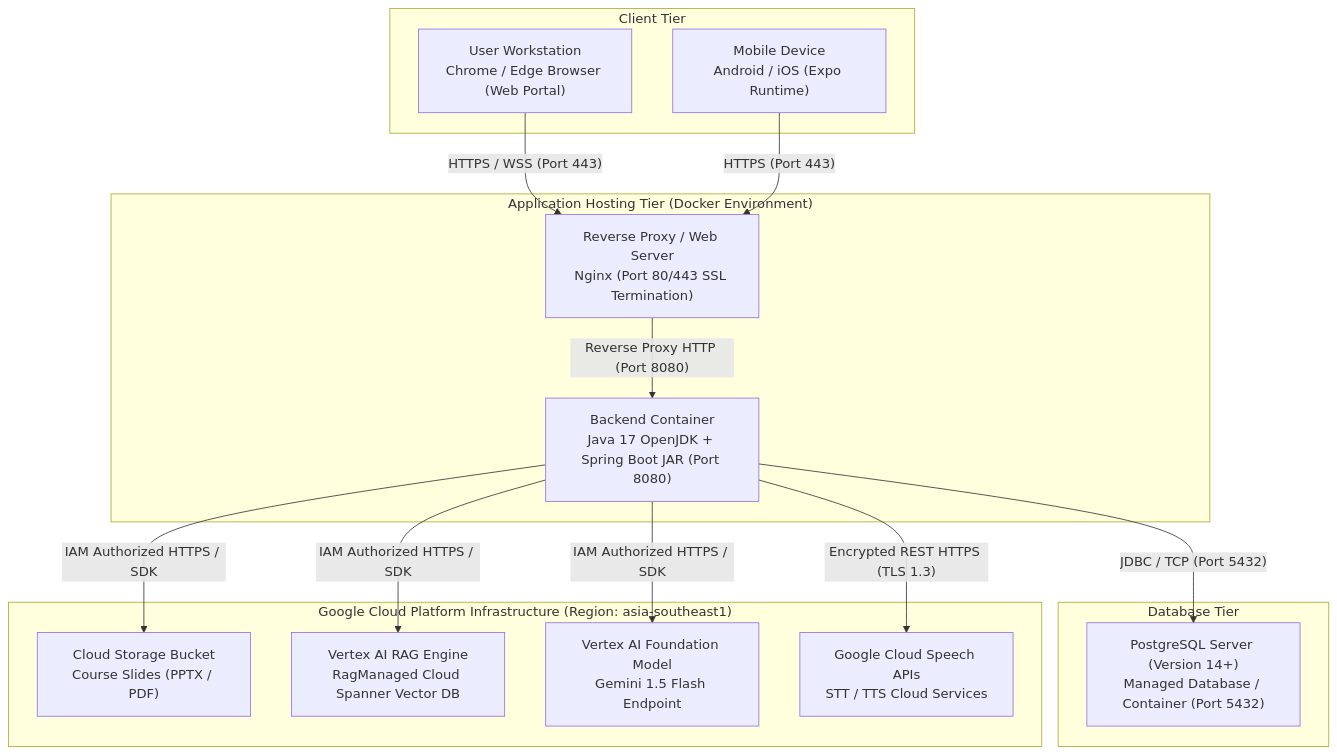
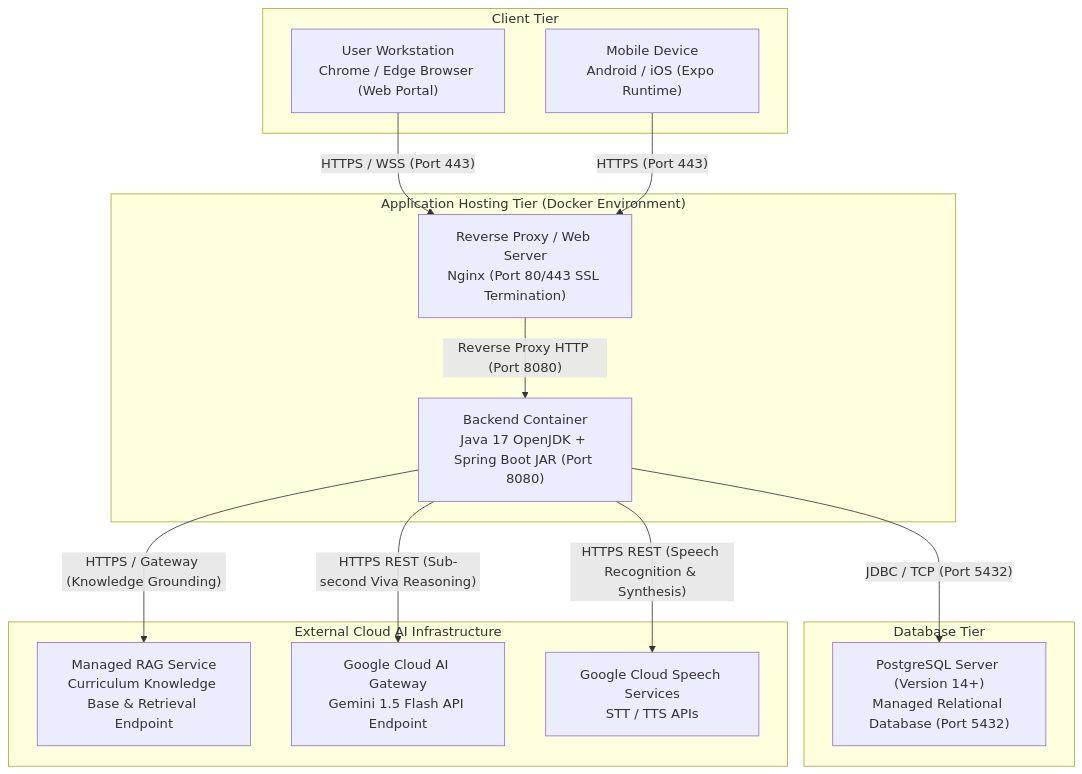
One commit to SWD392-Group-4/AI-powered-Viva-Exam-System changed the second of 10 diagrams in document/Software_Architecture_Design_Report.md. Above: the diagram before and after it, drawn with Mermaid. The commit also changed other lines of this file and 8 other files, not shown here.

Commit message:
docs: add system documentation, sequence diagrams, and architecture design report

````diff
--- a/document/Software_Architecture_Design_Report.md
+++ b/document/Software_Architecture_Design_Report.md
@@ -194,32 +197,30 @@
 ```mermaid
 flowchart TD
     subgraph ClientDevice["Client Tier"]
         BrowserNode["User Workstation<br/>Chrome / Edge Browser (Web Portal)"]
         MobileNode["Mobile Device<br/>Android / iOS (Expo Runtime)"]
     end
 
     subgraph ApplicationHost["Application Hosting Tier (Docker Environment)"]
         NginxNode["Reverse Proxy / Web Server<br/>Nginx (Port 80/443 SSL Termination)"]
         AppNode["Backend Container<br/>Java 17 OpenJDK + Spring Boot JAR (Port 8080)"]
     end
 
     subgraph DatabaseHost["Database Tier"]
-        DBNode["PostgreSQL Server (Version 14+)<br/>Managed Database / Container (Port 5432)"]
+        DBNode["PostgreSQL Server (Version 14+)<br/>Managed Relational Database (Port 5432)"]
     end
 
-    subgraph CloudServices["Google Cloud Platform Infrastructure (Region: asia-southeast1)"]
-        GCSNode["Cloud Storage Bucket<br/>Course Slides (PPTX / PDF)"]
-        RAGNode["Vertex AI RAG Engine<br/>RagManaged Cloud Spanner Vector DB"]
-        GeminiNode["Vertex AI Foundation Model<br/>Gemini 1.5 Flash Endpoint"]
-        SpeechNode["Google Cloud Speech APIs<br/>STT / TTS Cloud Services"]
+    subgraph CloudServices["External Cloud AI Infrastructure"]
+        RAGNode["Managed RAG Service<br/>Curriculum Knowledge Base & Retrieval Endpoint"]
+        GeminiNode["Google Cloud AI Gateway<br/>Gemini 1.5 Flash API Endpoint"]
+        SpeechNode["Google Cloud Speech Services<br/>STT / TTS APIs"]
     end
 
     BrowserNode -- "HTTPS / WSS (Port 443)" --> NginxNode
     MobileNode -- "HTTPS (Port 443)" --> NginxNode
     NginxNode -- "Reverse Proxy HTTP (Port 8080)" --> AppNode
     AppNode -- "JDBC / TCP (Port 5432)" --> DBNode
-    AppNode -- "IAM Authorized HTTPS / SDK" --> GCSNode
-    AppNode -- "IAM Authorized HTTPS / SDK" --> RAGNode
-    AppNode -- "IAM Authorized HTTPS / SDK" --> GeminiNode
-    AppNode -- "Encrypted REST HTTPS (TLS 1.3)" --> SpeechNode
+    AppNode -- "HTTPS / Gateway (Knowledge Grounding)" --> RAGNode
+    AppNode -- "HTTPS REST (Sub-second Viva Reasoning)" --> GeminiNode
+    AppNode -- "HTTPS REST (Speech Recognition & Synthesis)" --> SpeechNode
 ```
````
